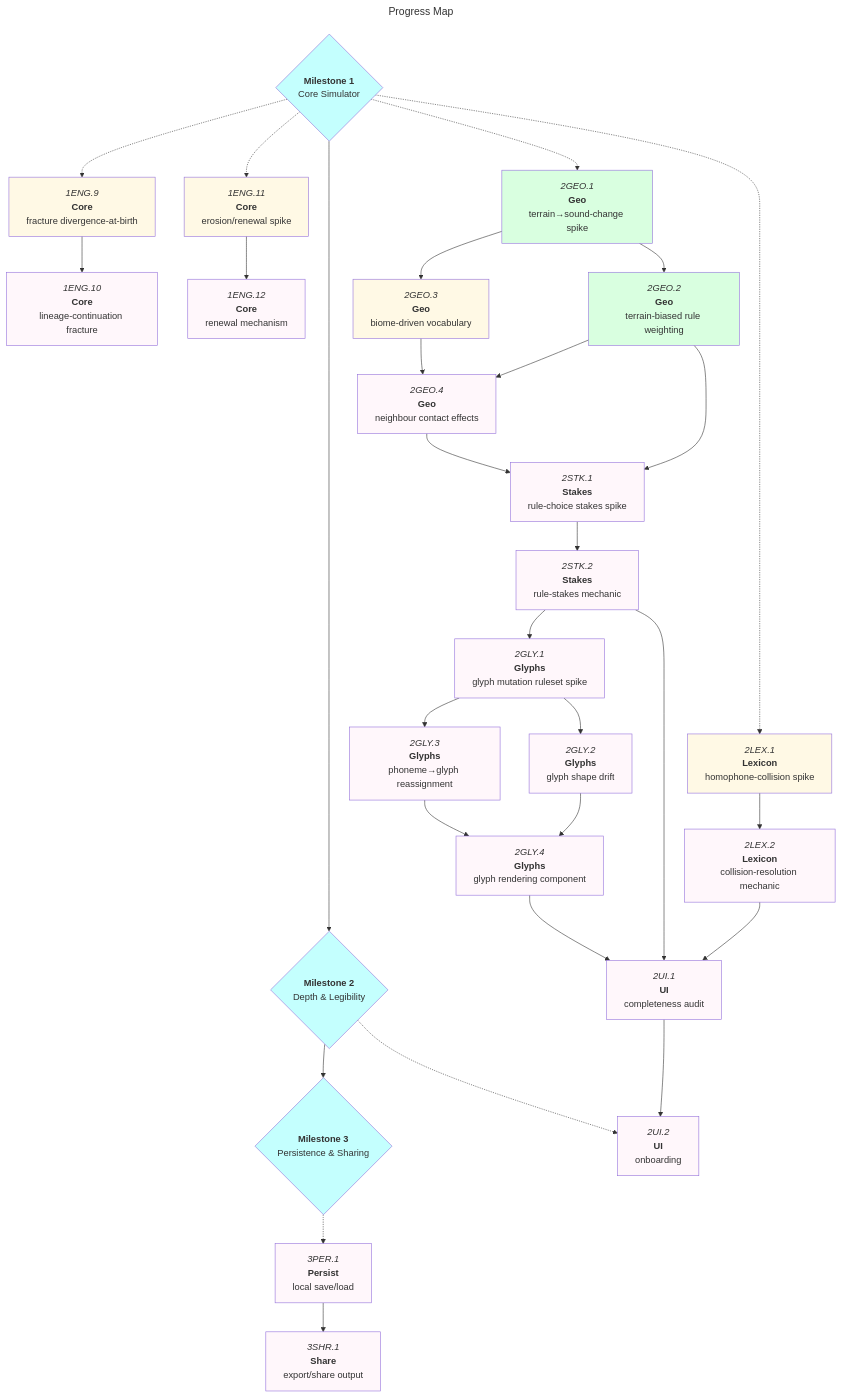
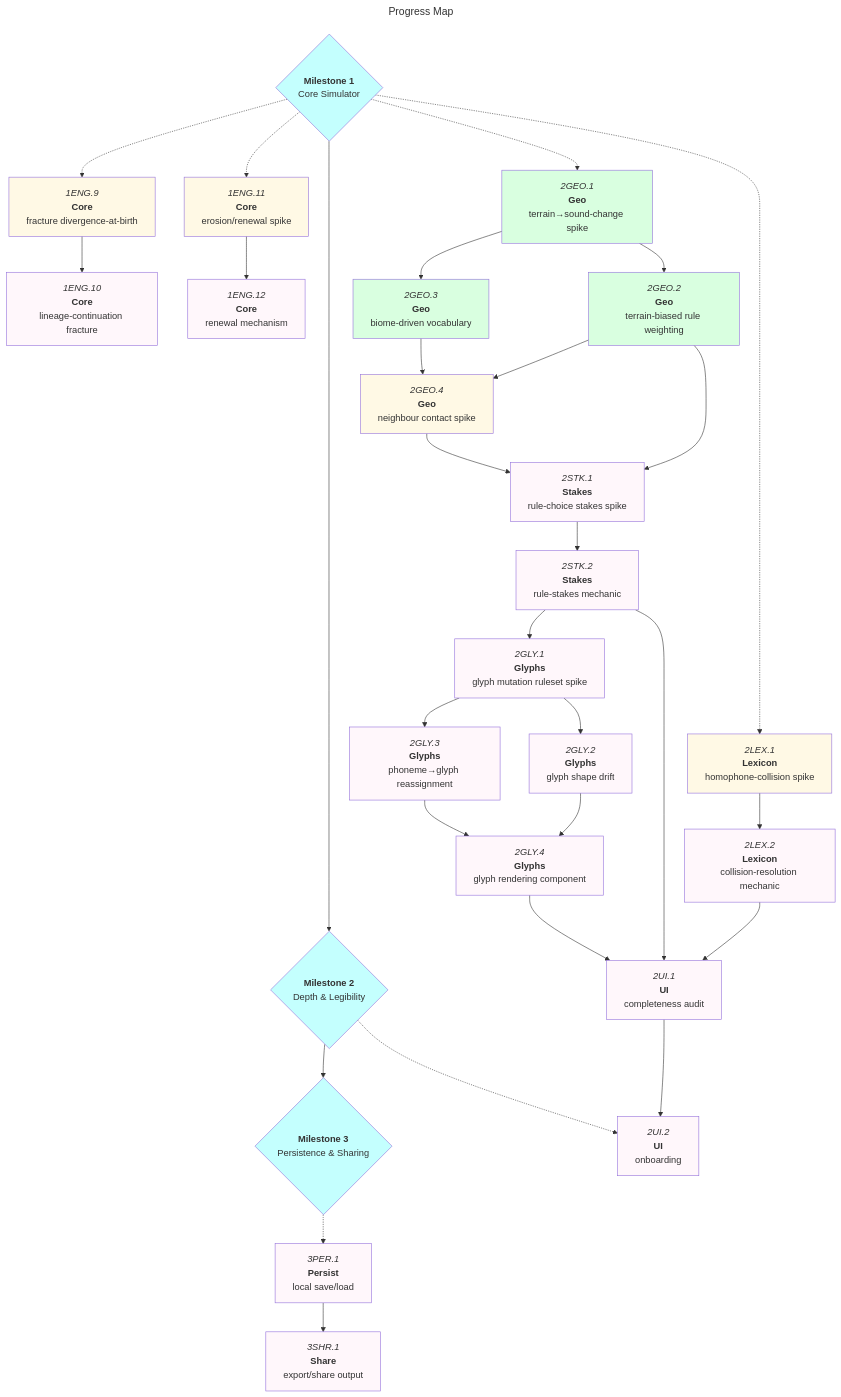
Before and after one commit to JasonWarrenUK/the-tongue: the diagram in docs/roadmaps/mvp.md, drawn with Mermaid. The commit also changed other lines of this file, not shown here.

First line of the commit message:
docs(roadmap): mark 2GEO.3 complete, promote 2GEO.4 to design spike

````diff
--- a/docs/roadmaps/mvp.md
+++ b/docs/roadmaps/mvp.md
@@ -106,70 +106,70 @@
 ```mermaid
 ---
 title: Progress Map
 ---
 graph TD
 
 m1{"`**Milestone 1**<br/>Core Simulator`"}:::mile
 m2{"`**Milestone 2**<br/>Depth & Legibility`"}:::mile
 m3{"`**Milestone 3**<br/>Persistence & Sharing`"}:::mile
 
 m1 --> m2
 m2 --> m3
 
 1ENG9["`*1ENG.9*<br/>**Core**<br/>fracture divergence-at-birth`"]:::open
 1ENG10["`*1ENG.10*<br/>**Core**<br/>lineage-continuation fracture`"]
 1ENG11["`*1ENG.11*<br/>**Core**<br/>erosion/renewal spike`"]:::open
 1ENG12["`*1ENG.12*<br/>**Core**<br/>renewal mechanism`"]
 
 2GEO.1["`*2GEO.1*<br/>**Geo**<br/>terrain→sound-change spike`"]:::done
 2GEO.2["`*2GEO.2*<br/>**Geo**<br/>terrain-biased rule weighting`"]:::done
-2GEO.3["`*2GEO.3*<br/>**Geo**<br/>biome-driven vocabulary`"]:::open
-2GEO.4["`*2GEO.4*<br/>**Geo**<br/>neighbour contact effects`"]
+2GEO.3["`*2GEO.3*<br/>**Geo**<br/>biome-driven vocabulary`"]:::done
+2GEO.4["`*2GEO.4*<br/>**Geo**<br/>neighbour contact spike`"]:::open
 2STK.1["`*2STK.1*<br/>**Stakes**<br/>rule-choice stakes spike`"]
 2STK.2["`*2STK.2*<br/>**Stakes**<br/>rule-stakes mechanic`"]
 2GLY.1["`*2GLY.1*<br/>**Glyphs**<br/>glyph mutation ruleset spike`"]
 2GLY.2["`*2GLY.2*<br/>**Glyphs**<br/>glyph shape drift`"]
 2GLY.3["`*2GLY.3*<br/>**Glyphs**<br/>phoneme→glyph reassignment`"]
 2GLY.4["`*2GLY.4*<br/>**Glyphs**<br/>glyph rendering component`"]
 2LEX1["`*2LEX.1*<br/>**Lexicon**<br/>homophone-collision spike`"]:::open
 2LEX2["`*2LEX.2*<br/>**Lexicon**<br/>collision-resolution mechanic`"]
 2UI.1["`*2UI.1*<br/>**UI**<br/>completeness audit`"]
 2UI.2["`*2UI.2*<br/>**UI**<br/>onboarding`"]
 
 3PER.1["`*3PER.1*<br/>**Persist**<br/>local save/load`"]
 3SHR.1["`*3SHR.1*<br/>**Share**<br/>export/share output`"]
 
 1ENG9 --> 1ENG10
 1ENG11 --> 1ENG12
 
 2GEO.1 --> 2GEO.2
 2GEO.1 --> 2GEO.3
 2GEO.2 --> 2GEO.4
 2GEO.3 --> 2GEO.4
 2GEO.2 --> 2STK.1
 2GEO.4 --> 2STK.1
 2STK.1 --> 2STK.2
 2STK.2 --> 2GLY.1
 2GLY.1 --> 2GLY.2
 2GLY.1 --> 2GLY.3
 2GLY.2 --> 2GLY.4
 2GLY.3 --> 2GLY.4
 2LEX1 --> 2LEX2
 2LEX2 --> 2UI.1
 2STK.2 --> 2UI.1
 2GLY.4 --> 2UI.1
 2UI.1 --> 2UI.2
 3PER.1 --> 3SHR.1
 
 m1 -.-> 2GEO.1
 m1 -.-> 1ENG9
 m1 -.-> 1ENG11
 m1 -.-> 2LEX1
 m2 -.-> 2UI.2
 m3 -.-> 3PER.1
 
 classDef default,blocked fill:#fff7fb;
 classDef open fill:#fff9e5;
 classDef done fill:#d9ffe0;
 classDef mile fill:#c4fffe;
 ```
````
